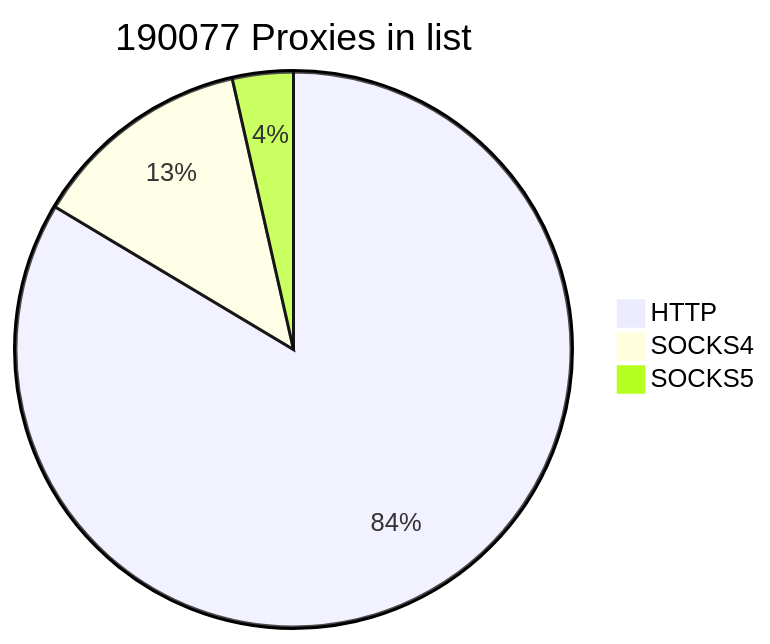
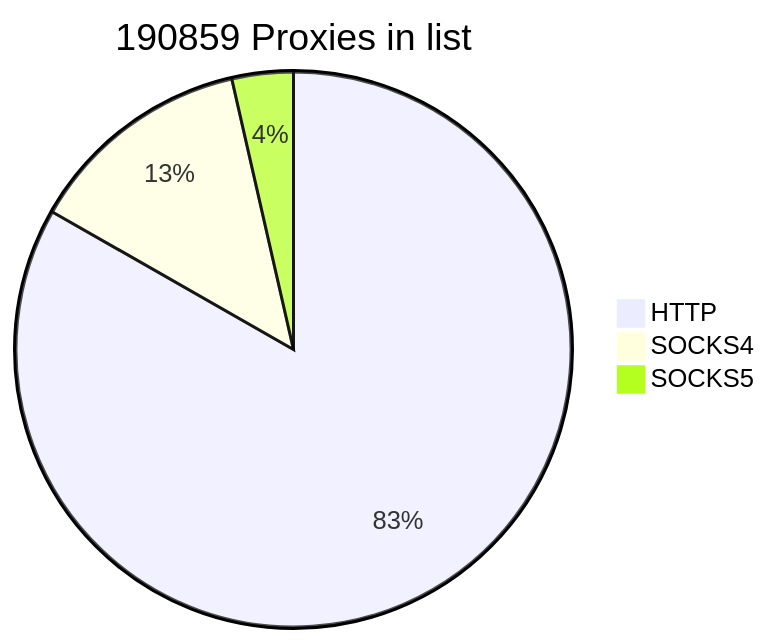
Before and after one commit to cutipu/proxylist: the first of 2 diagrams in README.md, drawn with Mermaid. The commit also changed other lines of this file, not shown here.

````diff
--- a/README.md
+++ b/README.md
@@ -2,7 +2,7 @@
 ```mermaid
-pie title 190077 Proxies in list
-    "HTTP" : 158872
-    "SOCKS4" : 24475
-    "SOCKS5" : 6730
+pie title 190859 Proxies in list
+    "HTTP" : 158898
+    "SOCKS4" : 25150
+    "SOCKS5" : 6811
             
 ```
````
